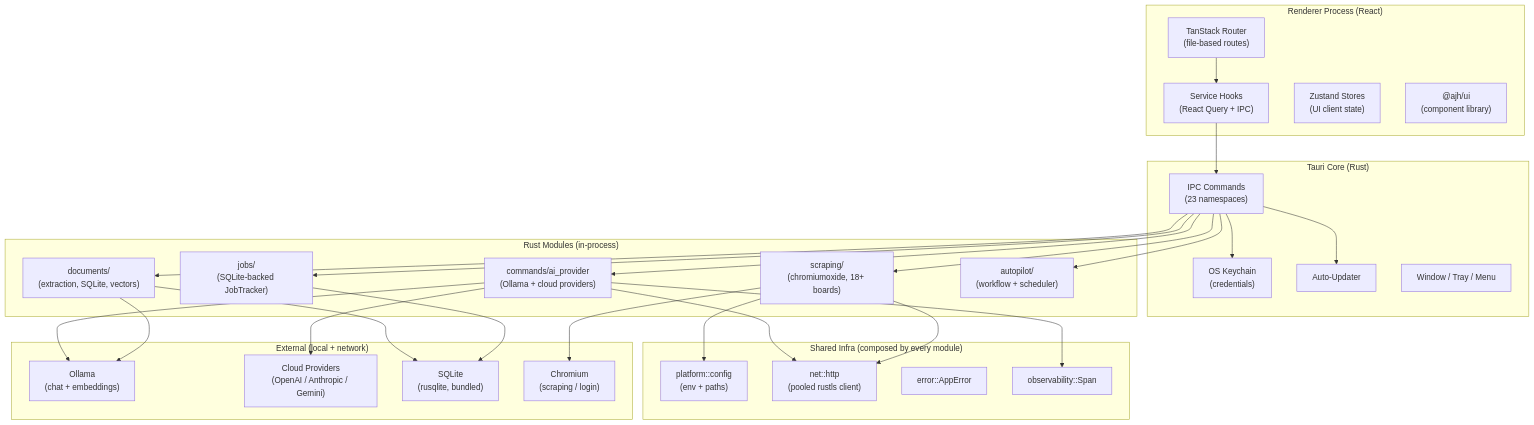
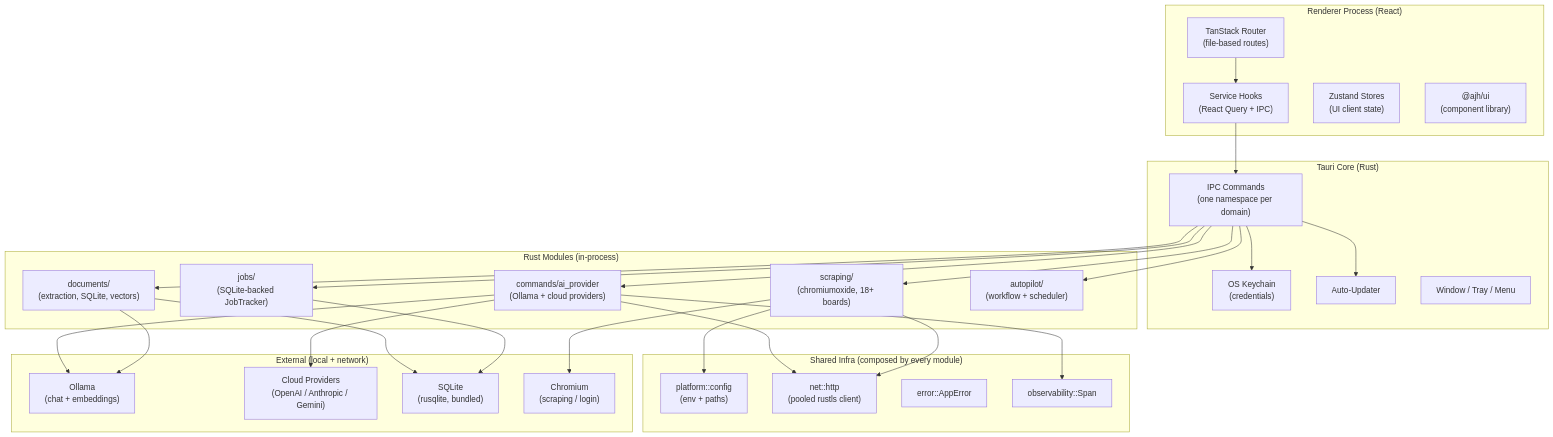
The first of 6 diagrams in docs/ARCHITECTURE.md (saeedkolivand/ai-job-hunter-app), drawn with Mermaid before and after one commit. The commit also changed other lines of this file and 4 other files, not shown here.

````diff
--- a/docs/ARCHITECTURE.md
+++ b/docs/ARCHITECTURE.md
@@ -15,58 +15,58 @@
 ```mermaid
 graph TB
     subgraph Renderer["Renderer Process (React)"]
         Router["TanStack Router\n(file-based routes)"]
         Services["Service Hooks\n(React Query + IPC)"]
         Stores["Zustand Stores\n(UI client state)"]
         UILib["@ajh/ui\n(component library)"]
     end
 
     subgraph Tauri["Tauri Core (Rust)"]
-        Commands["IPC Commands\n(23 namespaces)"]
+        Commands["IPC Commands\n(one namespace per domain)"]
         Keychain["OS Keychain\n(credentials)"]
         Updater["Auto-Updater"]
         Window["Window / Tray / Menu"]
     end
 
     subgraph RustModules["Rust Modules (in-process)"]
         Scraping["scraping/\n(chromiumoxide, 18+ boards)"]
         Documents["documents/\n(extraction, SQLite, vectors)"]
         AiProvider["commands/ai_provider\n(Ollama + cloud providers)"]
         Jobs["jobs/\n(SQLite-backed JobTracker)"]
         Autopilot["autopilot/\n(workflow + scheduler)"]
     end
 
     subgraph Shared["Shared Infra (composed by every module)"]
         Config["platform::config\n(env + paths)"]
         Net["net::http\n(pooled rustls client)"]
         Err["error::AppError"]
         Obs["observability::Span"]
     end
 
     subgraph External["External (local + network)"]
         Ollama["Ollama\n(chat + embeddings)"]
         Cloud["Cloud Providers\n(OpenAI / Anthropic / Gemini)"]
         SQLite["SQLite\n(rusqlite, bundled)"]
         Browser["Chromium\n(scraping / login)"]
     end
 
     Router --> Services
     Services --> Commands
     Commands --> Scraping
     Commands --> Documents
     Commands --> AiProvider
     Commands --> Jobs
     Commands --> Autopilot
     AiProvider --> Ollama
     AiProvider --> Cloud
     Documents --> SQLite
     Documents --> Ollama
     Jobs --> SQLite
     Scraping --> Browser
     Commands --> Keychain
     Commands --> Updater
     AiProvider --> Net
     Scraping --> Net
     AiProvider --> Obs
     Scraping --> Config
 ```
````
